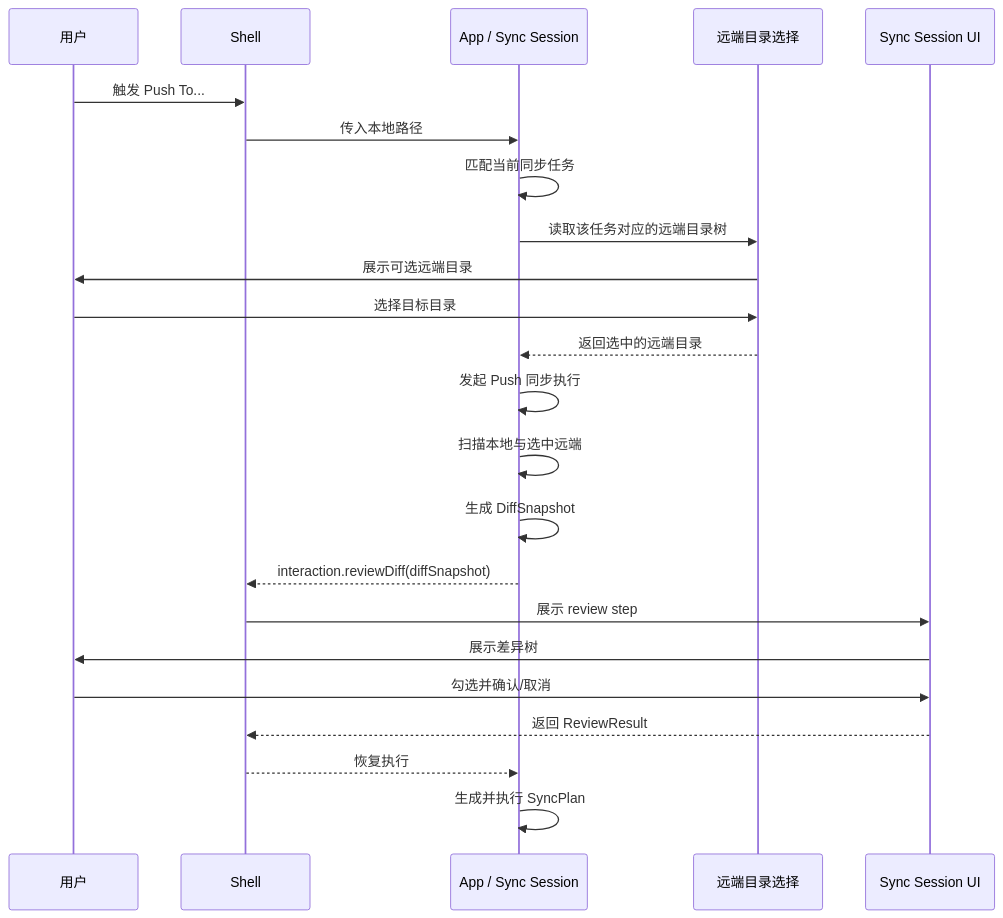
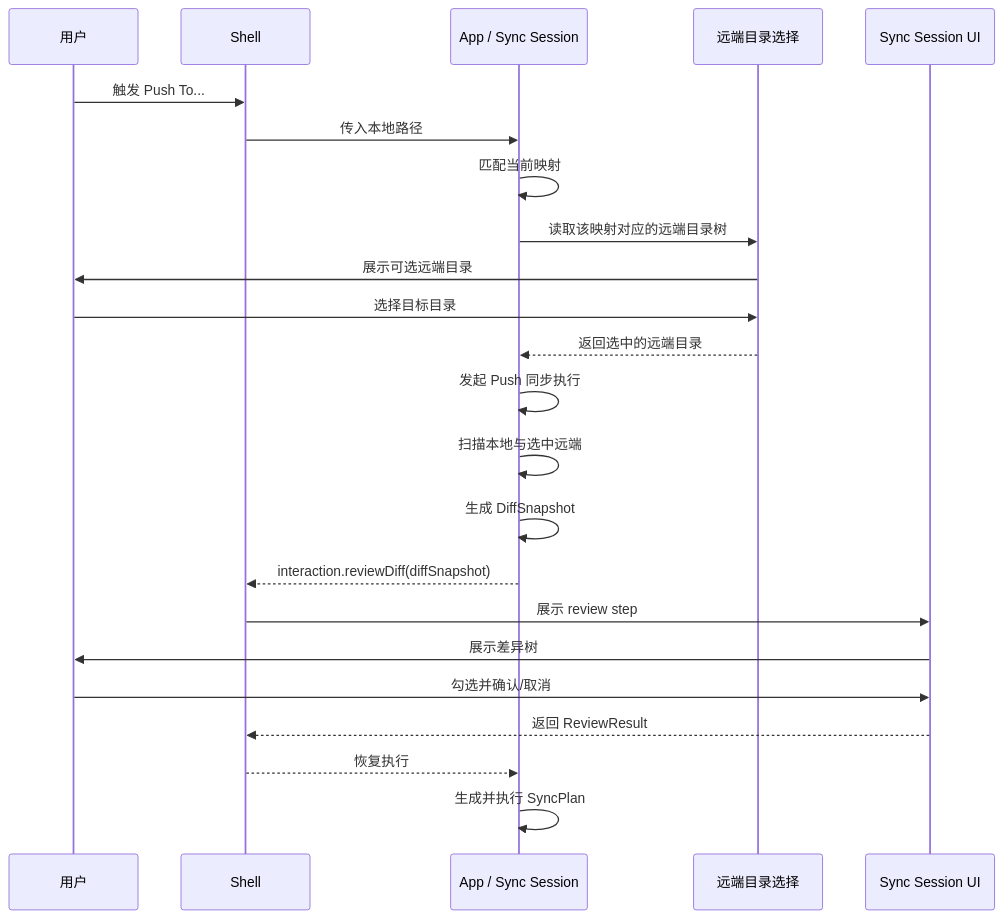
Before and after one commit to agalloch21/sync-with-rclone: the sixth of 15 diagrams in docs/Flows.md, drawn with Mermaid. The commit also changed other lines of this file and 68 other files, not shown here.

````diff
--- a/docs/Flows.md
+++ b/docs/Flows.md
@@ -139,26 +139,26 @@
 ```mermaid
 sequenceDiagram
   participant U as 用户
   participant S as Shell
   participant A as App / Sync Session
   participant T as 远端目录选择
   participant W as Sync Session UI
 
   U->>S: 触发 Push To...
   S->>A: 传入本地路径
-  A->>A: 匹配当前同步任务
-  A->>T: 读取该任务对应的远端目录树
+  A->>A: 匹配当前映射
+  A->>T: 读取该映射对应的远端目录树
   T->>U: 展示可选远端目录
   U->>T: 选择目标目录
   T-->>A: 返回选中的远端目录
   A->>A: 发起 Push 同步执行
   A->>A: 扫描本地与选中远端
   A->>A: 生成 DiffSnapshot
   A-->>S: interaction.reviewDiff(diffSnapshot)
   S->>W: 展示 review step
   W->>U: 展示差异树
   U->>W: 勾选并确认/取消
   W-->>S: 返回 ReviewResult
   S-->>A: 恢复执行
   A->>A: 生成并执行 SyncPlan
 ```
````
